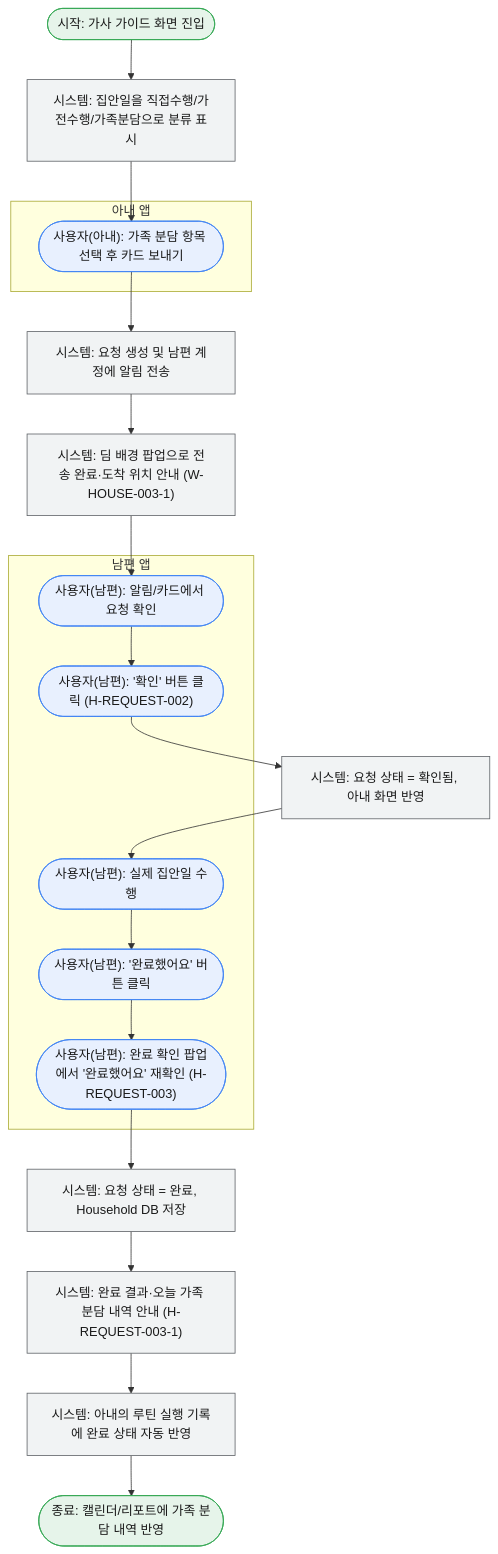
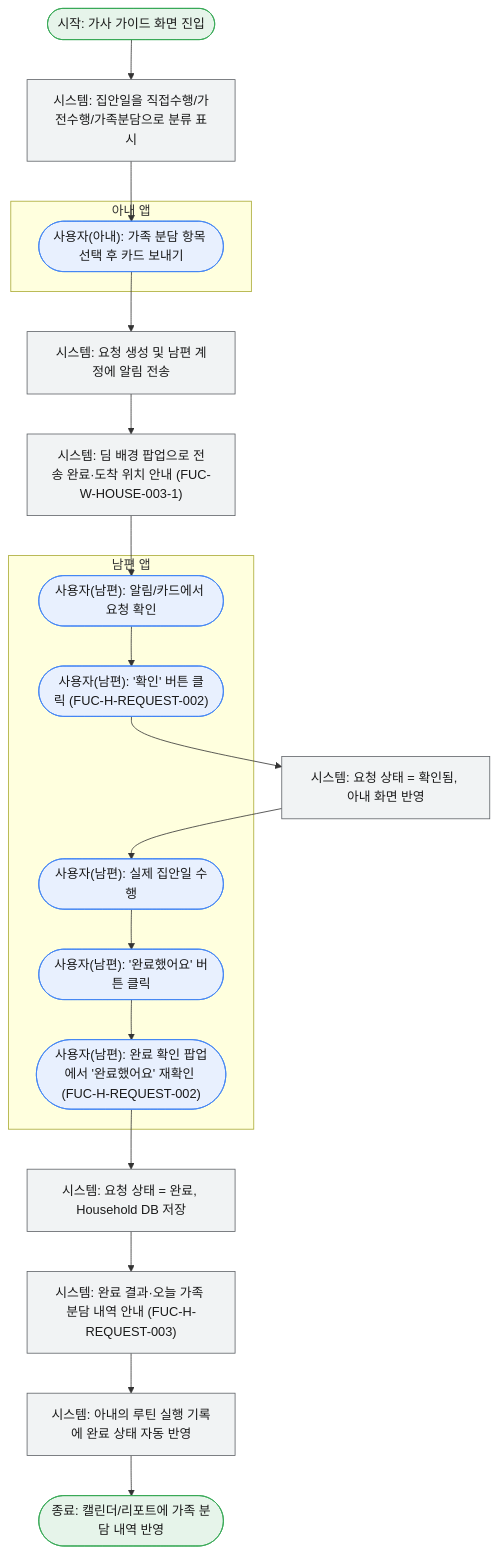
Before and after one commit to lgdxDORAEMI/PLM: the diagram in docs/서비스흐름도/04_가사분담요청처리.mmd, drawn with Mermaid. The commit also changed 11 other files, not shown here.

```diff
--- a/docs/서비스흐름도/04_가사분담요청처리.mmd
+++ b/docs/서비스흐름도/04_가사분담요청처리.mmd
@@ -1,33 +1,34 @@
 %% 서비스 흐름도: 가사 가이드 & 가족 분담 요청 처리
-%% 관련 기능: W-HOUSE-001, W-HOUSE-003, W-HOUSE-003-1, W-RECORD-002, H-REQUEST-001, H-REQUEST-002, H-REQUEST-003, H-REQUEST-003-1 / 관련 UC: UC3, UC5, UC9
+%% 관련 기능: FUC-W-HOUSE-001, FUC-W-HOUSE-003, FUC-W-HOUSE-003-1, FUC-W-RECORD-002, FUC-H-REQUEST-001, FUC-H-REQUEST-002, FUC-H-REQUEST-003 / 관련 UC: UC3, UC5, UC9
+%% 참고: 완료 확인 팝업(구 FUC-H-REQUEST-003)은 FUC-H-REQUEST-002(요청 확인 및 완료 처리)에 병합됨. 완료 결과 안내 팝업(구 FUC-H-REQUEST-003-1)은 FUC-H-REQUEST-003으로 번호 변경됨
 flowchart TD
     classDef user fill:#E8F0FE,stroke:#4285F4,color:#1a1a1a;
     classDef system fill:#F1F3F4,stroke:#5f6368,color:#1a1a1a;
     classDef terminal fill:#E6F4EA,stroke:#34A853,color:#1a1a1a;
 
     Start(["시작: 가사 가이드 화면 진입"]):::terminal --> A["시스템: 집안일을 직접수행/가전수행/가족분담으로 분류 표시"]:::system
 
     subgraph WIFE["아내 앱"]
         B(["사용자(아내): 가족 분담 항목 선택 후 카드 보내기"]):::user
     end
 
     A --> B
     B --> C["시스템: 요청 생성 및 남편 계정에 알림 전송"]:::system
-    C --> C1["시스템: 딤 배경 팝업으로 전송 완료·도착 위치 안내 (W-HOUSE-003-1)"]:::system
+    C --> C1["시스템: 딤 배경 팝업으로 전송 완료·도착 위치 안내 (FUC-W-HOUSE-003-1)"]:::system
 
     subgraph HUSBAND["남편 앱"]
         D(["사용자(남편): 알림/카드에서 요청 확인"]):::user
-        E(["사용자(남편): '확인' 버튼 클릭 (H-REQUEST-002)"]):::user
+        E(["사용자(남편): '확인' 버튼 클릭 (FUC-H-REQUEST-002)"]):::user
         F(["사용자(남편): 실제 집안일 수행"]):::user
         G(["사용자(남편): '완료했어요' 버튼 클릭"]):::user
-        G1(["사용자(남편): 완료 확인 팝업에서 '완료했어요' 재확인 (H-REQUEST-003)"]):::user
+        G1(["사용자(남편): 완료 확인 팝업에서 '완료했어요' 재확인 (FUC-H-REQUEST-002)"]):::user
     end
 
     C1 --> D --> E
     E --> H["시스템: 요청 상태 = 확인됨, 아내 화면 반영"]:::system
     H --> F --> G
     G --> G1
     G1 --> I["시스템: 요청 상태 = 완료, Household DB 저장"]:::system
-    I --> K["시스템: 완료 결과·오늘 가족 분담 내역 안내 (H-REQUEST-003-1)"]:::system
+    I --> K["시스템: 완료 결과·오늘 가족 분담 내역 안내 (FUC-H-REQUEST-003)"]:::system
     K --> J["시스템: 아내의 루틴 실행 기록에 완료 상태 자동 반영"]:::system
     J --> End(["종료: 캘린더/리포트에 가족 분담 내역 반영"]):::terminal
```
